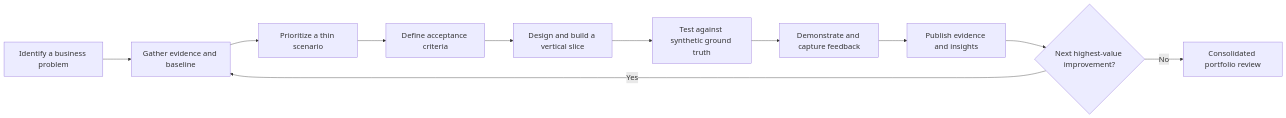
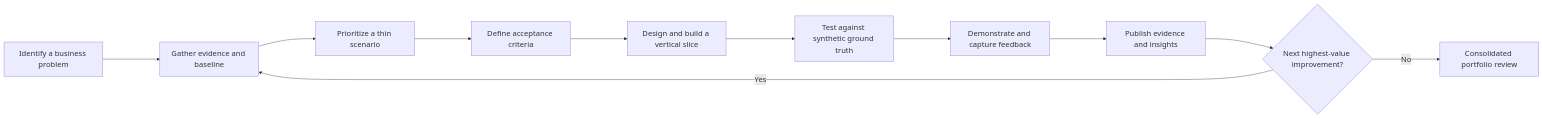
The diagram in case-studies/normack-shipping/PROJECT_ROADMAP.md (D-Clerk/Portfolio_DC), drawn with Mermaid before and after one commit.

Commit message:
Adjust node and rank spacing in mermaid chart
Updated mermaid chart configuration for spacing.

````diff
--- a/case-studies/normack-shipping/PROJECT_ROADMAP.md
+++ b/case-studies/normack-shipping/PROJECT_ROADMAP.md
@@ -28,15 +28,15 @@
 ```mermaid
-%%{init: {"theme": "default", "themeVariables": {"fontSize": "20px"}, "flowchart": {"nodeSpacing": 55, "rankSpacing": 75, "useMaxWidth": false}}}%%
+%%{init: {"theme": "default", "themeVariables": {"fontSize": "20px"}, "flowchart": {"nodeSpacing": 75, "rankSpacing": 150, "useMaxWidth": false}}}%%
 
 flowchart LR
     A["Identify a business problem"] --> B["Gather evidence and baseline"]
     B --> C["Prioritize a thin scenario"]
     C --> D["Define acceptance criteria"]
     D --> E["Design and build a vertical slice"]
     E --> F["Test against synthetic ground truth"]
     F --> G["Demonstrate and capture feedback"]
     G --> H["Publish evidence and insights"]
     H --> I{"Next highest-value improvement?"}
     I -->|Yes| B
     I -->|No| J["Consolidated portfolio review"]
 ```
````
